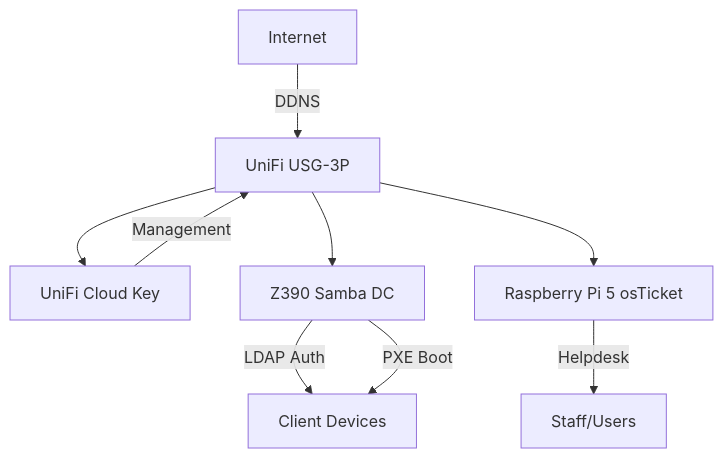
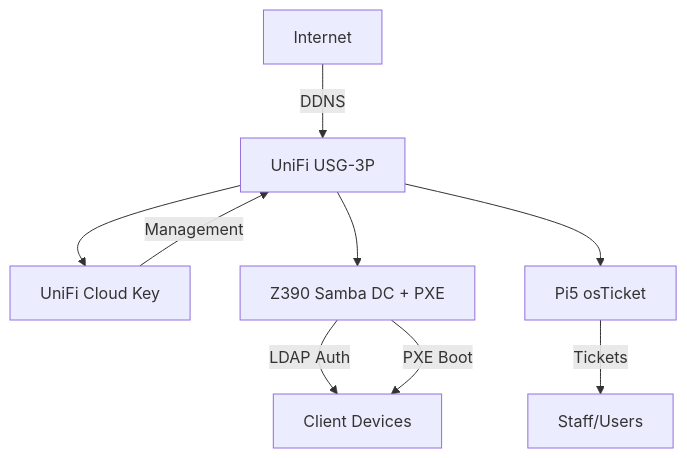
The diagram in docs/index.md (T-Rylander/legacy-edtech-backbone), drawn with Mermaid before and after one commit. The commit also changed other lines of this file and 6 other files, not shown here.

````diff
--- a/docs/index.md
+++ b/docs/index.md
@@ -54,11 +54,11 @@
 ```mermaid
 graph TD
     A[Internet] -->|DDNS| B[UniFi USG-3P]
     B --> C[UniFi Cloud Key]
-    B --> D[Z390 Samba DC]
-    B --> E[Raspberry Pi 5 osTicket]
+    B --> D[Z390 Samba DC + PXE]
+    B --> E[Pi5 osTicket]
     D -->|LDAP Auth| F[Client Devices]
     D -->|PXE Boot| F
-    E -->|Helpdesk| G[Staff/Users]
+    E -->|Tickets| G[Staff/Users]
     C -->|Management| B
 ```
````
